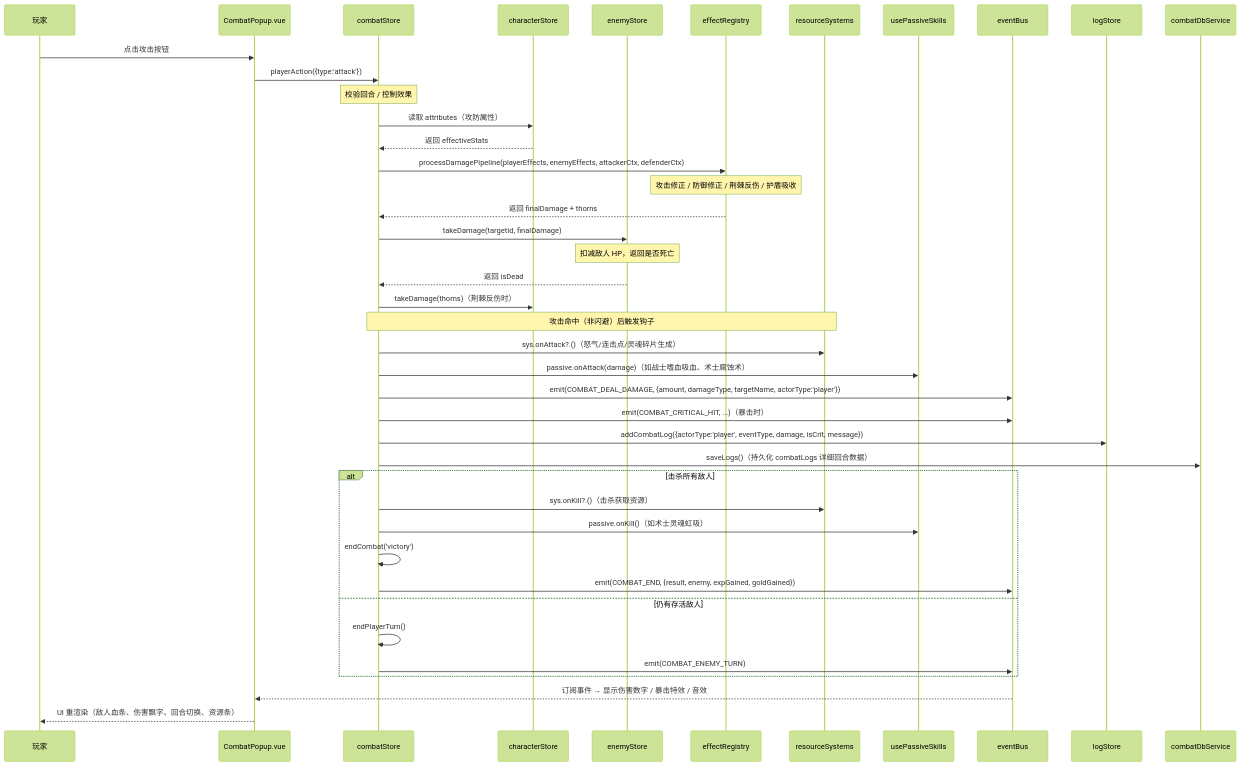
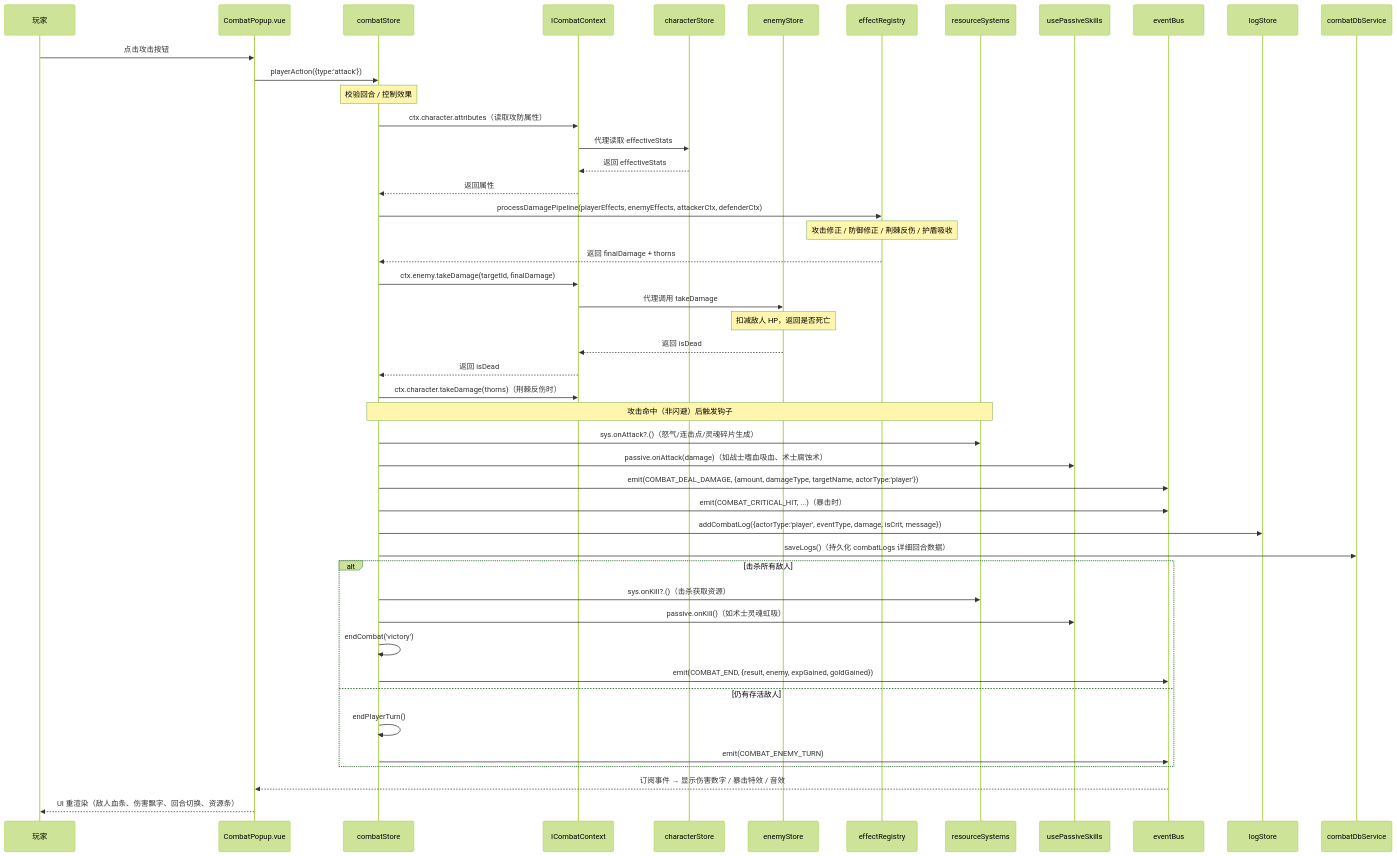
One commit to SonDemigods/wow_dnd changed the second of 17 diagrams in doc/project/DATA_FLOW.md. Above: the diagram before and after it, drawn with Mermaid (forest theme). The commit also changed other lines of this file and 4 other files, not shown here.

````diff
--- a/doc/project/DATA_FLOW.md
+++ b/doc/project/DATA_FLOW.md
@@ -73,46 +76,51 @@
 ```mermaid
 sequenceDiagram
     %% 战斗攻击流程：从点击到 UI 重渲染
     participant U as 玩家
     participant C as CombatPopup.vue
     participant CS as combatStore
+    participant Ctx as ICombatContext
     participant CharS as characterStore
     participant ES as enemyStore
     participant ER as effectRegistry
     participant RS as resourceSystems
     participant PS as usePassiveSkills
     participant Bus as eventBus
     participant LS as logStore
     participant DB as combatDbService
 
     U->>C: 点击攻击按钮
     C->>CS: playerAction({type:'attack'})
     Note over CS: 校验回合 / 控制效果
-    CS->>CharS: 读取 attributes（攻防属性）
-    CharS-->>CS: 返回 effectiveStats
+    CS->>Ctx: ctx.character.attributes（读取攻防属性）
+    Ctx->>CharS: 代理读取 effectiveStats
+    CharS-->>Ctx: 返回 effectiveStats
+    Ctx-->>CS: 返回属性
     CS->>ER: processDamagePipeline(playerEffects, enemyEffects, attackerCtx, defenderCtx)
     Note over ER: 攻击修正 / 防御修正 / 荆棘反伤 / 护盾吸收
     ER-->>CS: 返回 finalDamage + thorns
-    CS->>ES: takeDamage(targetId, finalDamage)
+    CS->>Ctx: ctx.enemy.takeDamage(targetId, finalDamage)
+    Ctx->>ES: 代理调用 takeDamage
     Note over ES: 扣减敌人 HP，返回是否死亡
-    ES-->>CS: 返回 isDead
-    CS->>CharS: takeDamage(thorns)（荆棘反伤时）
+    ES-->>Ctx: 返回 isDead
+    Ctx-->>CS: 返回 isDead
+    CS->>Ctx: ctx.character.takeDamage(thorns)（荆棘反伤时）
     Note over CS,RS: 攻击命中（非闪避）后触发钩子
     CS->>RS: sys.onAttack?.()（怒气/连击点/灵魂碎片生成）
     CS->>PS: passive.onAttack(damage)（如战士嗜血吸血、术士腐蚀术）
     CS->>Bus: emit(COMBAT_DEAL_DAMAGE, {amount, damageType, targetName, actorType:'player'})
     CS->>Bus: emit(COMBAT_CRITICAL_HIT, ...)（暴击时）
     CS->>LS: addCombatLog({actorType:'player', eventType, damage, isCrit, message})
     CS->>DB: saveLogs()（持久化 combatLogs 详细回合数据）
     alt 击杀所有敌人
         CS->>RS: sys.onKill?.()（击杀获取资源）
         CS->>PS: passive.onKill()（如术士灵魂虹吸）
         CS->>CS: endCombat('victory')
         CS->>Bus: emit(COMBAT_END, {result, enemy, expGained, goldGained})
     else 仍有存活敌人
         CS->>CS: endPlayerTurn()
         CS->>Bus: emit(COMBAT_ENEMY_TURN)
     end
     Bus-->>C: 订阅事件 → 显示伤害数字 / 暴击特效 / 音效
     C-->>U: UI 重渲染（敌人血条、伤害飘字、回合切换、资源条）
 ```
````
